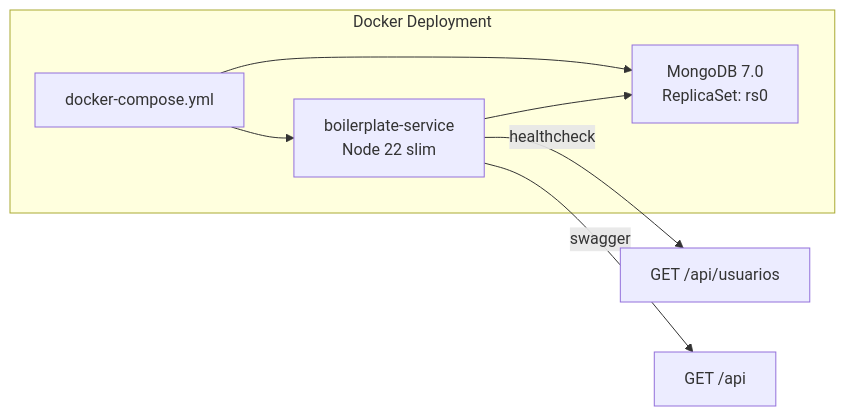
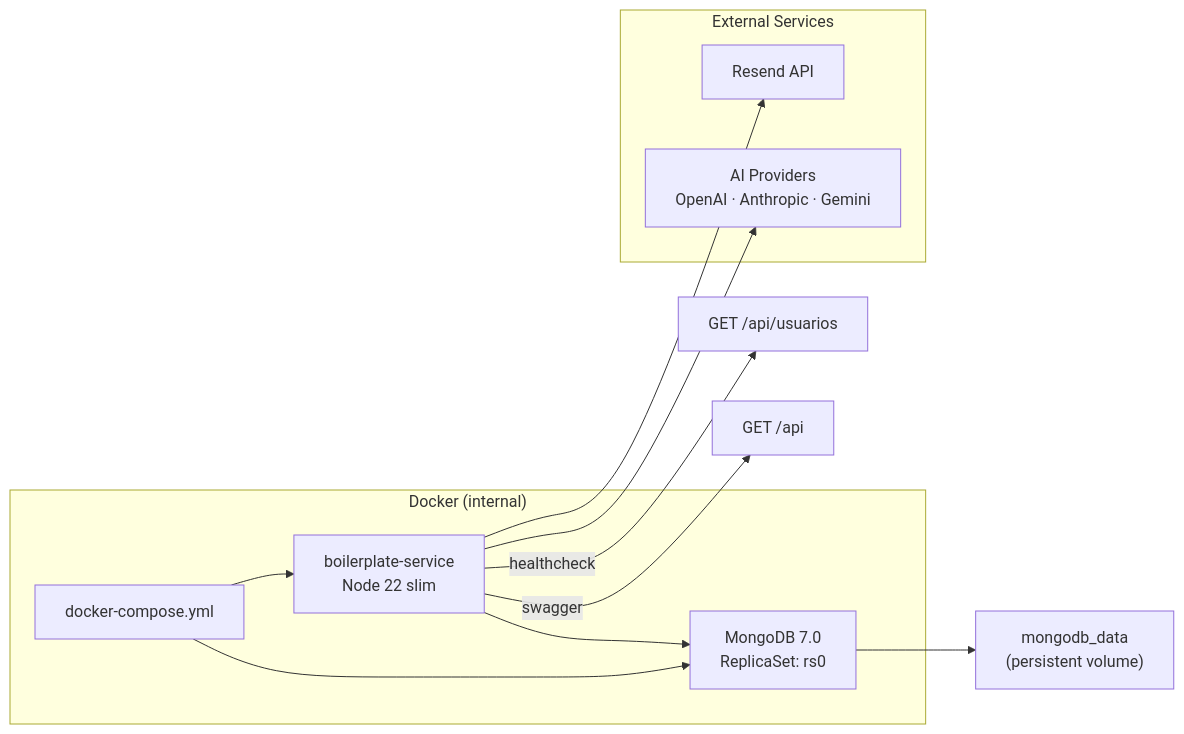
One commit to bobrobert13/nestJs-boilerplate changed the second of 3 diagrams in docs/ARCHITECTURE.md. Above: the diagram before and after it, drawn with Mermaid. The commit also changed 6 other files, not shown here.

````diff
--- a/docs/ARCHITECTURE.md
+++ b/docs/ARCHITECTURE.md
@@ -55,14 +55,22 @@
 ```mermaid
 graph LR
-    subgraph "Docker Deployment"
+    subgraph "Docker (internal)"
         DOCKER_COMPOSE["docker-compose.yml"]
         MONGODB["MongoDB 7.0<br/>ReplicaSet: rs0"]
         SERVICE["boilerplate-service<br/>Node 22 slim"]
     end
 
+    subgraph "External Services"
+        RESEND_API["Resend API"]
+        AI_PROVIDERS["AI Providers<br/>OpenAI · Anthropic · Gemini"]
+    end
+
     DOCKER_COMPOSE --> MONGODB
     DOCKER_COMPOSE --> SERVICE
+    MONGODB --> VOLUME["mongodb_data<br/>(persistent volume)"]
     SERVICE --> MONGODB
+    SERVICE --> RESEND_API
+    SERVICE --> AI_PROVIDERS
     SERVICE --> |healthcheck| HEALTH["GET /api/usuarios"]
     SERVICE --> |swagger| SWAGGER["GET /api"]
 ```
````
